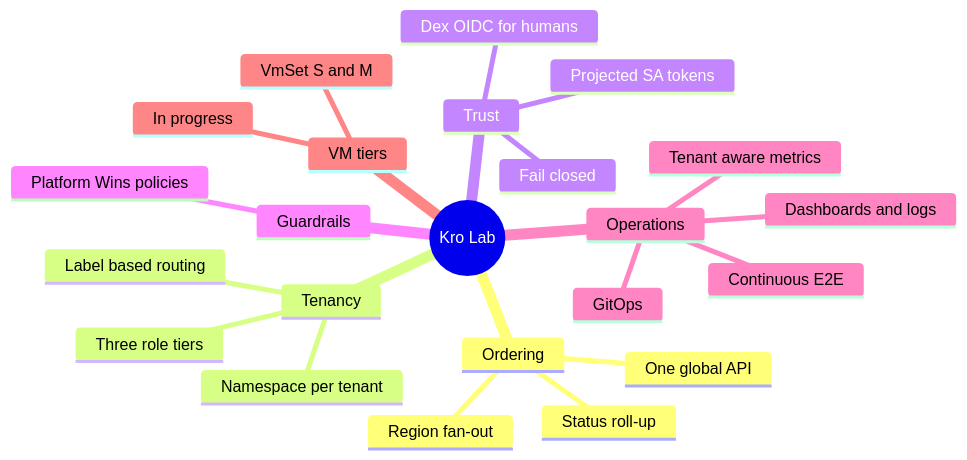
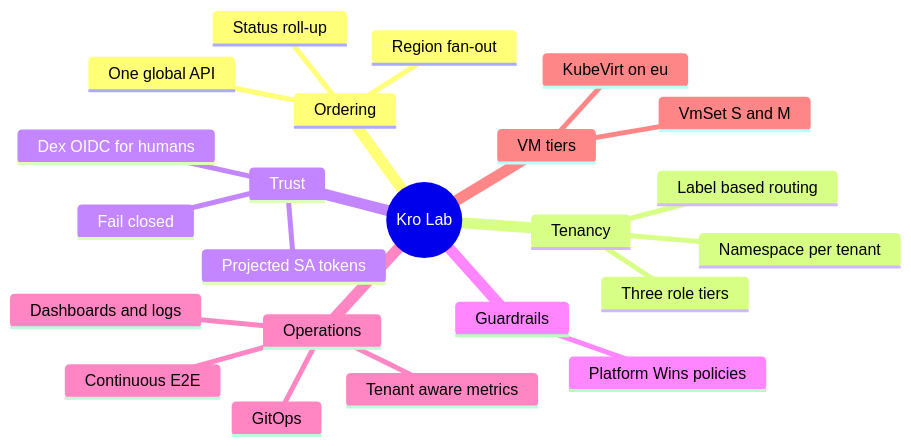
Before and after one commit to sojoner/kro-lab: the second of 3 diagrams in docs/platform-mvp/15-capabilities.md, drawn with Mermaid. The commit also changed other lines of this file and 8 other files, not shown here.

````diff
--- a/docs/platform-mvp/15-capabilities.md
+++ b/docs/platform-mvp/15-capabilities.md
@@ -36,26 +36,26 @@
 ```mermaid
 mindmap
   root((Kro Lab))
     Ordering
       One global API
       Region fan-out
       Status roll-up
     Tenancy
       Namespace per tenant
       Three role tiers
       Label based routing
     Trust
       Projected SA tokens
       Dex OIDC for humans
       Fail closed
     Guardrails
       Platform Wins policies
     Operations
       Tenant aware metrics
       Dashboards and logs
       Continuous E2E
       GitOps
     VM tiers
       VmSet S and M
-      In progress
+      KubeVirt on eu
 ```
````
